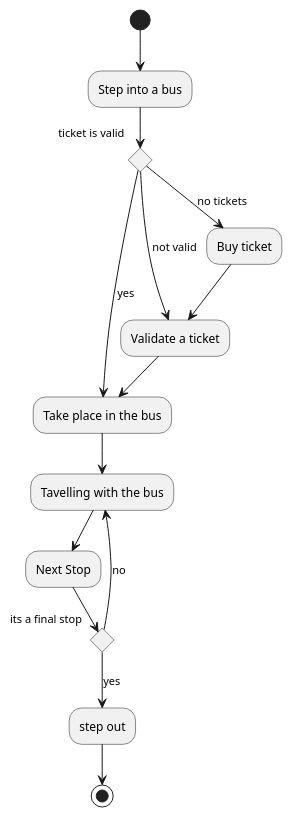
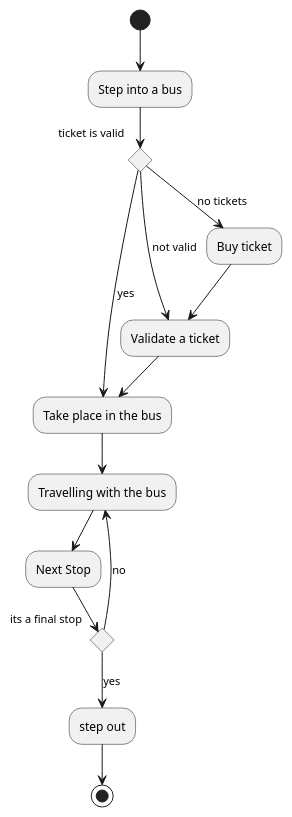
Before and after one commit to kpodlaski/ProjektowanieObiektowe_2023-24: the diagram in zaoczne/G1/mpk_activity_diagram.plantuml, drawn with PlantUML. The commit also changed 2 other files, not shown here.

Commit message:
state diagram g1, 4.11.2023

```diff
--- a/zaoczne/G1/mpk_activity_diagram.plantuml
+++ b/zaoczne/G1/mpk_activity_diagram.plantuml
@@ -1,20 +1,20 @@
 @startuml
 (*) --> "Step into a bus"
 --> if "ticket is valid" then
 --> [yes] "Take place in the bus" as takePlace
 else 
 --> [not valid] "Validate a ticket" as validate
 --> takePlace
 else 
 --> [no tickets] "Buy ticket"
 -->validate
 endif
-takePlace --> "Tavelling with the bus" as travelling
+takePlace --> "Travelling with the bus" as travelling
 --> "Next Stop"
 if "its a final stop" then 
 --> [yes] "step out" 
 -->(*)
 else 
 --> [no] travelling
 endif
 @enduml
```
